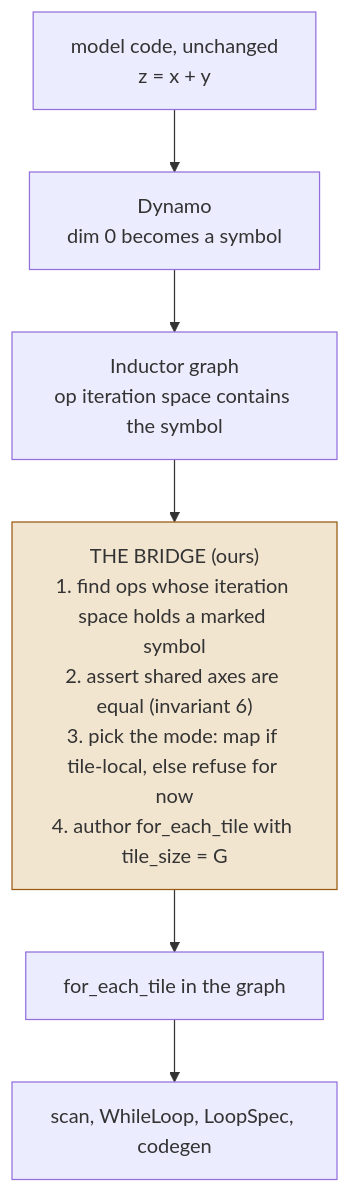
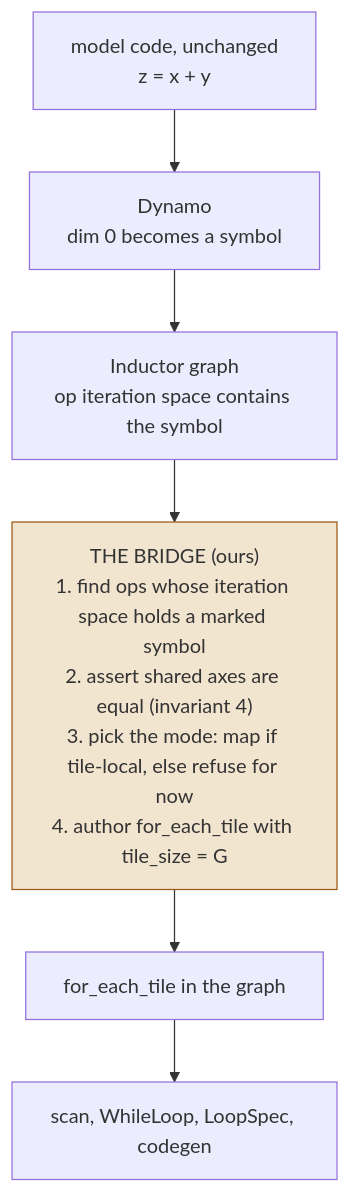
Before and after one commit to Vivek1258/torch-spyre: the fourth of 13 diagrams in docs/source/compiler/symbolic_shapes.md, drawn with Mermaid. The commit also changed other lines of this file, not shown here.

````diff
--- a/docs/source/compiler/symbolic_shapes.md
+++ b/docs/source/compiler/symbolic_shapes.md
@@ -275,12 +298,12 @@
 ```mermaid
 flowchart TB
   u["model code, unchanged<br/>z = x + y"]
   dy["Dynamo<br/>dim 0 becomes a symbol"]
   ind["Inductor graph<br/>op iteration space contains the symbol"]
-  br["THE BRIDGE (ours)<br/>1. find ops whose iteration space holds a marked symbol<br/>2. assert shared axes are equal (invariant 6)<br/>3. pick the mode: map if tile-local, else refuse for now<br/>4. author for_each_tile with tile_size = G"]
+  br["THE BRIDGE (ours)<br/>1. find ops whose iteration space holds a marked symbol<br/>2. assert shared axes are equal (invariant 4)<br/>3. pick the mode: map if tile-local, else refuse for now<br/>4. author for_each_tile with tile_size = G"]
   fet["for_each_tile in the graph"]
   rest["scan, WhileLoop, LoopSpec, codegen"]
   u --> dy --> ind --> br --> fet --> rest
   classDef new fill:#f2e5d0,stroke:#9a5a12;
   class br new
 ```
````
